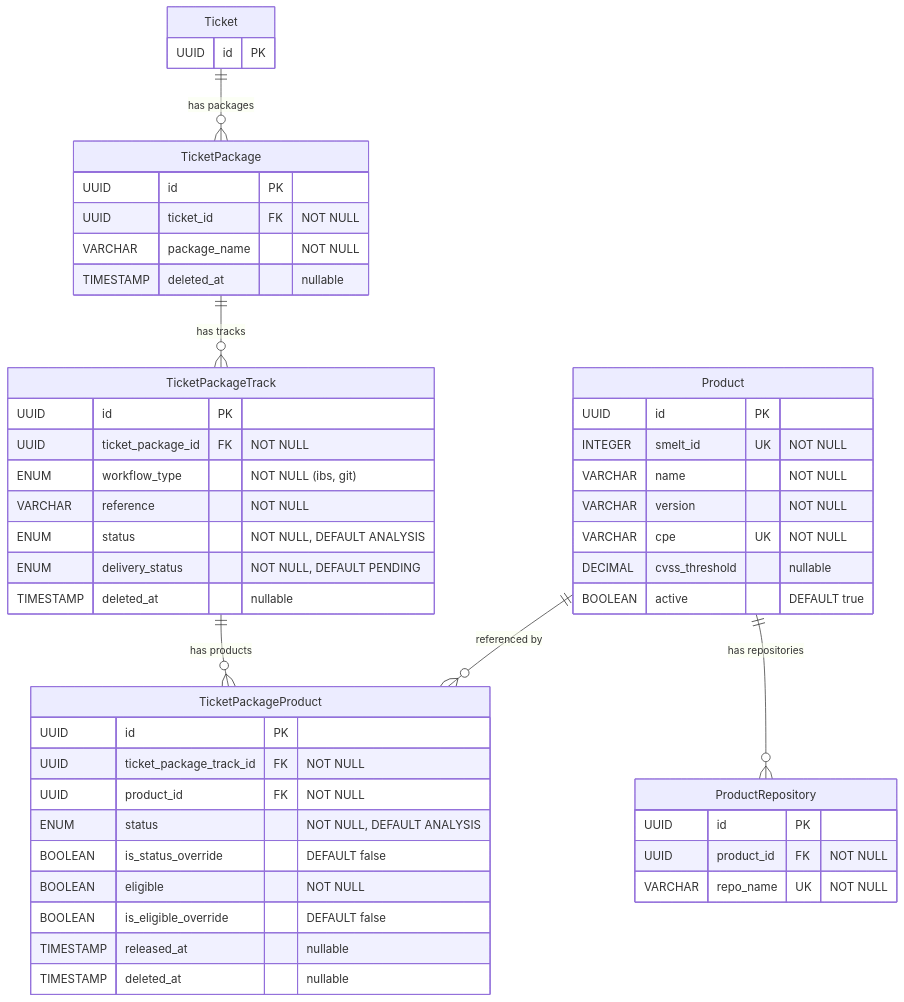
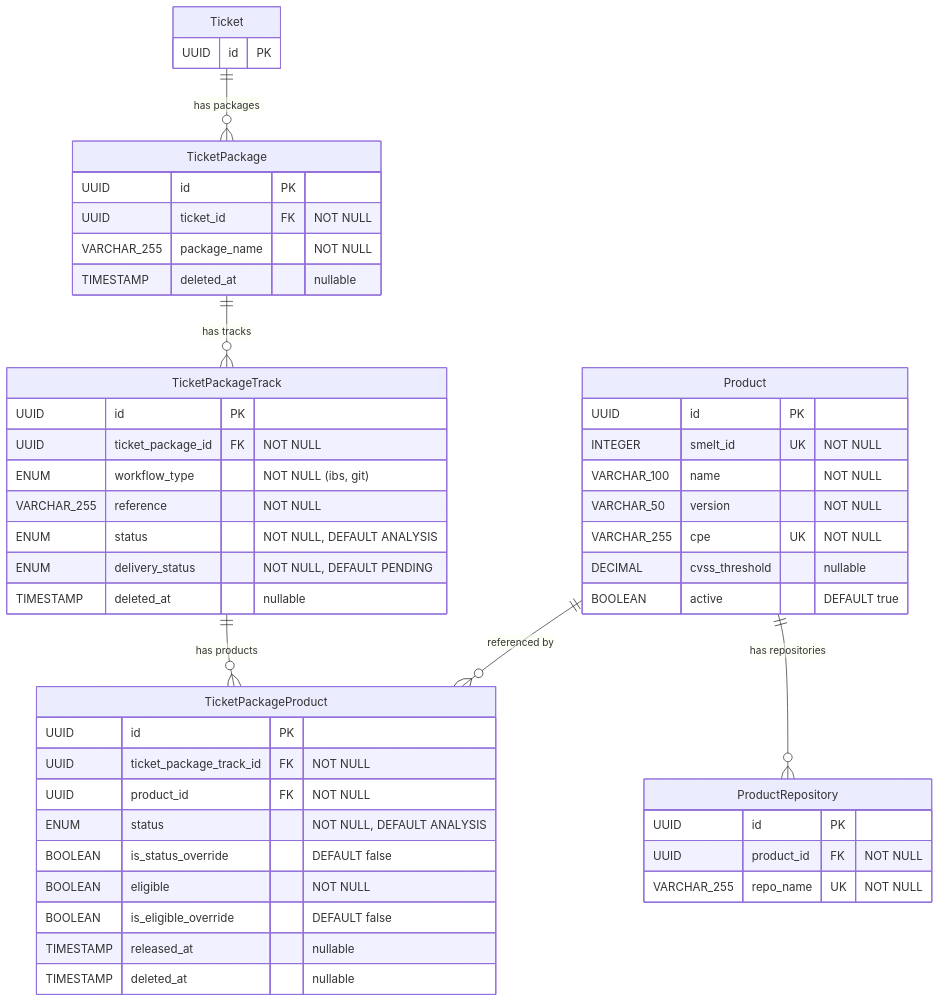
Before and after one commit to StayPirate/STAMP: the third of 6 diagrams in docs/data-model.md, drawn with Mermaid. The commit also changed other lines of this file and 10 other files, not shown here.

````diff
--- a/docs/data-model.md
+++ b/docs/data-model.md
@@ -133,52 +133,52 @@
 ```mermaid
 erDiagram
     Ticket {
         UUID id PK
     }
     TicketPackage {
         UUID id PK
         UUID ticket_id FK "NOT NULL"
-        VARCHAR package_name "NOT NULL"
+        VARCHAR_255 package_name "NOT NULL"
         TIMESTAMP deleted_at "nullable"
     }
     TicketPackageTrack {
         UUID id PK
         UUID ticket_package_id FK "NOT NULL"
         ENUM workflow_type "NOT NULL (ibs, git)"
-        VARCHAR reference "NOT NULL"
+        VARCHAR_255 reference "NOT NULL"
         ENUM status "NOT NULL, DEFAULT ANALYSIS"
         ENUM delivery_status "NOT NULL, DEFAULT PENDING"
         TIMESTAMP deleted_at "nullable"
     }
     TicketPackageProduct {
         UUID id PK
         UUID ticket_package_track_id FK "NOT NULL"
         UUID product_id FK "NOT NULL"
         ENUM status "NOT NULL, DEFAULT ANALYSIS"
         BOOLEAN is_status_override "DEFAULT false"
         BOOLEAN eligible "NOT NULL"
         BOOLEAN is_eligible_override "DEFAULT false"
         TIMESTAMP released_at "nullable"
         TIMESTAMP deleted_at "nullable"
     }
     Product {
         UUID id PK
         INTEGER smelt_id UK "NOT NULL"
-        VARCHAR name "NOT NULL"
-        VARCHAR version "NOT NULL"
-        VARCHAR cpe UK "NOT NULL"
+        VARCHAR_100 name "NOT NULL"
+        VARCHAR_50 version "NOT NULL"
+        VARCHAR_255 cpe UK "NOT NULL"
         DECIMAL cvss_threshold "nullable"
         BOOLEAN active "DEFAULT true"
     }
     ProductRepository {
         UUID id PK
         UUID product_id FK "NOT NULL"
-        VARCHAR repo_name UK "NOT NULL"
+        VARCHAR_255 repo_name UK "NOT NULL"
     }
 
     Ticket ||--o{ TicketPackage : "has packages"
     TicketPackage ||--o{ TicketPackageTrack : "has tracks"
     TicketPackageTrack ||--o{ TicketPackageProduct : "has products"
     Product ||--o{ TicketPackageProduct : "referenced by"
     Product ||--o{ ProductRepository : "has repositories"
 ```
````
